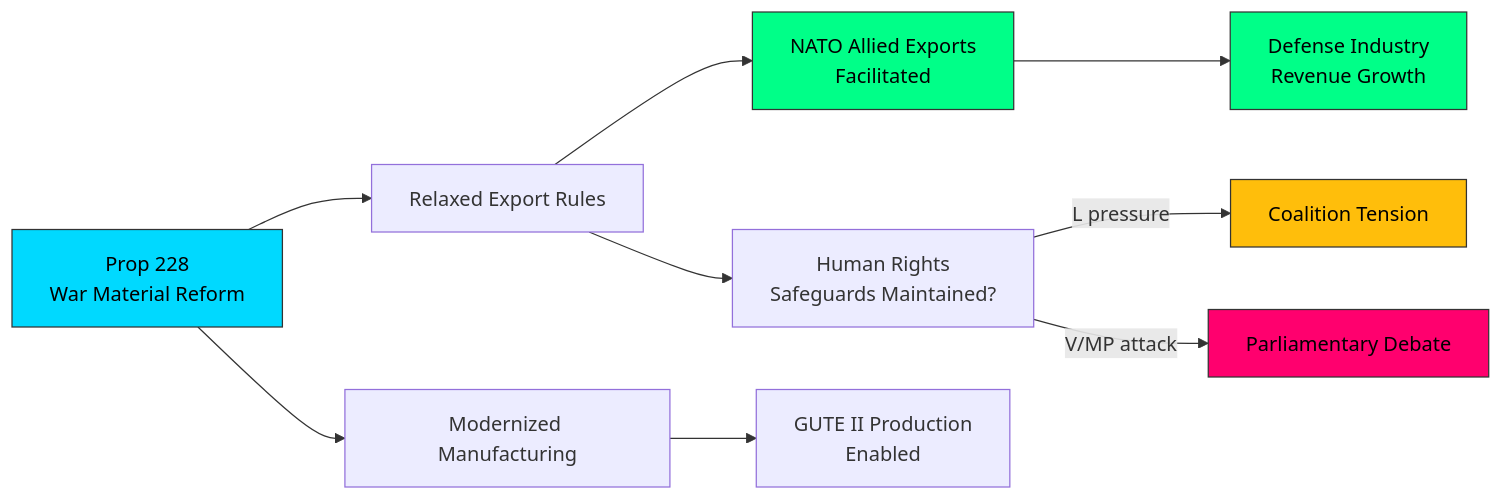
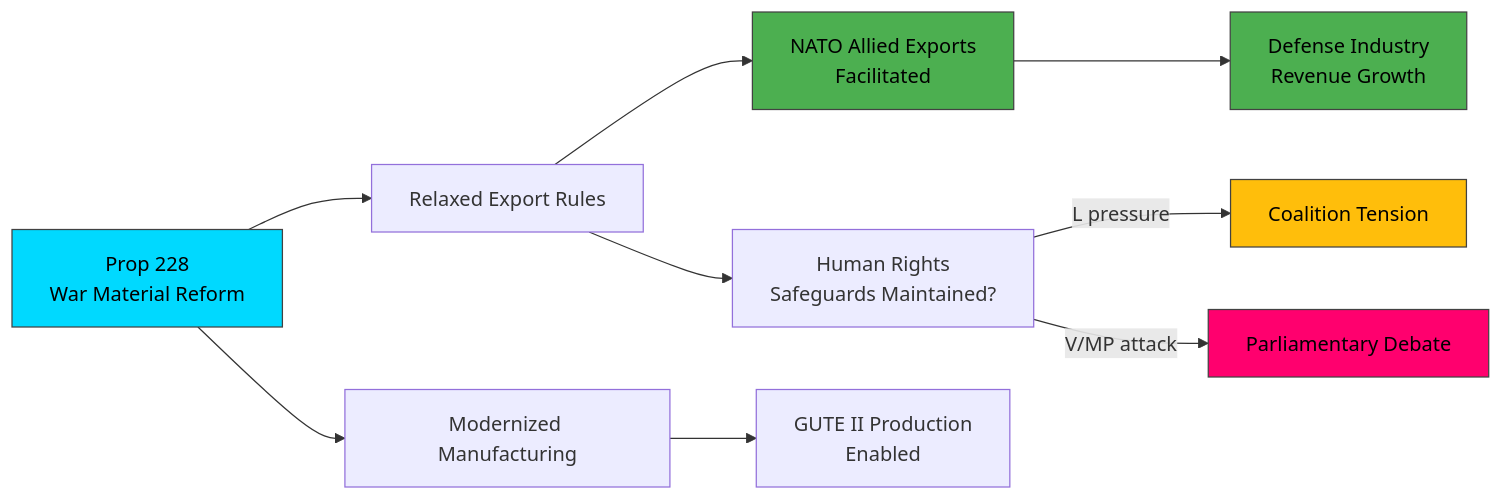
One commit to Hack23/riksdagsmonitor changed the diagram in analysis/daily/2026-04-03/realtime-2200/documents/HD03228-analysis.md. Above: the diagram before and after it, drawn with Mermaid. The commit also changed 785 other files, not shown here.

First line of the commit message:
Normalize mermaid colors across 786 analysis artifacts to ISMS Style Guide palette

````diff
--- a/analysis/daily/2026-04-03/realtime-2200/documents/HD03228-analysis.md
+++ b/analysis/daily/2026-04-03/realtime-2200/documents/HD03228-analysis.md
@@ -60,17 +60,17 @@
 ```mermaid
 flowchart LR
     A["Prop 228<br/>War Material Reform"] --> B["Relaxed Export Rules"]
     A --> C["Modernized Manufacturing"]
     B --> D["NATO Allied Exports<br/>Facilitated"]
     B --> E["Human Rights<br/>Safeguards Maintained?"]
     C --> F["GUTE II Production<br/>Enabled"]
     D --> G["Defense Industry<br/>Revenue Growth"]
     E -->|"L pressure"| H["Coalition Tension"]
     E -->|"V/MP attack"| I["Parliamentary Debate"]
     
-    style A fill:#00d9ff,stroke:#333,color:#000
-    style D fill:#00ff88,stroke:#333,color:#000
-    style G fill:#00ff88,stroke:#333,color:#000
-    style H fill:#ffbe0b,stroke:#333,color:#000
-    style I fill:#ff006e,stroke:#333,color:#000
+    style A fill:#00d9ff,stroke:#424242,color:#000000
+    style D fill:#4CAF50,stroke:#424242,color:#000000
+    style G fill:#4CAF50,stroke:#424242,color:#000000
+    style H fill:#ffbe0b,stroke:#424242,color:#000000
+    style I fill:#ff006e,stroke:#424242,color:#000000
 ```
````
